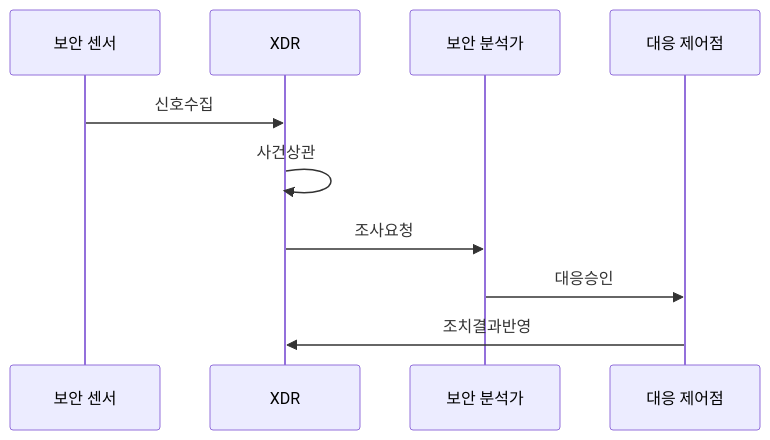
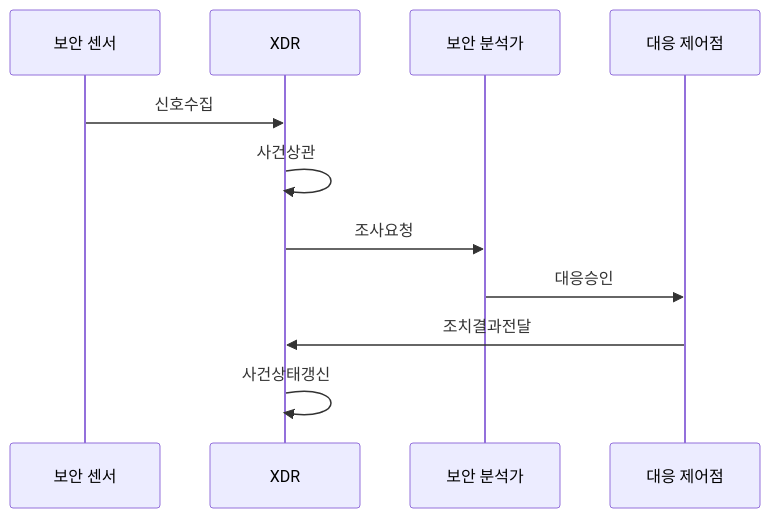
Before and after one commit to agnusdei1207/knowledge-base: the second of 2 diagrams in src/content/docs/notes/05-security/039_extended_detection_response.md, drawn with Mermaid. The commit also changed other lines of this file and 27 other files, not shown here.

````diff
--- a/src/content/docs/notes/05-security/039_extended_detection_response.md
+++ b/src/content/docs/notes/05-security/039_extended_detection_response.md
@@ -84,12 +84,13 @@
 ```mermaid
 sequenceDiagram
     participant S as 보안 센서
     participant X as XDR
     participant A as 보안 분석가
     participant C as 대응 제어점
     S->>X: 신호수집
     X->>X: 사건상관
     X->>A: 조사요청
     A->>C: 대응승인
-    C->>X: 조치결과반영
+    C->>X: 조치결과전달
+    X->>X: 사건상태갱신
 ```
````
